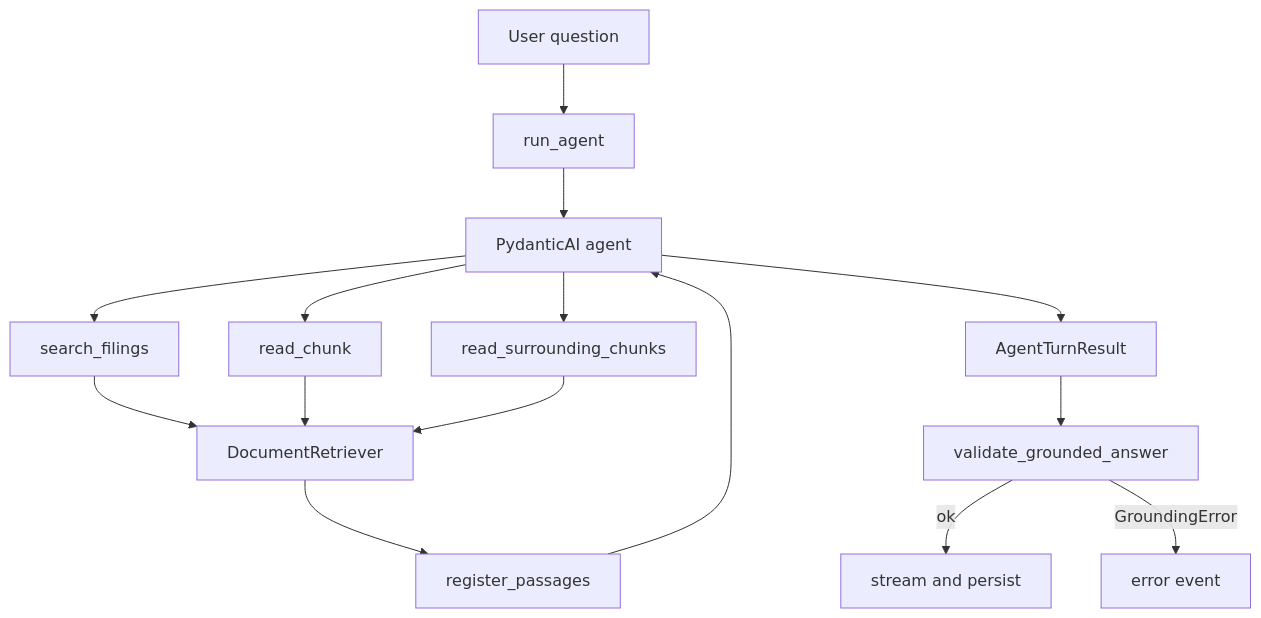
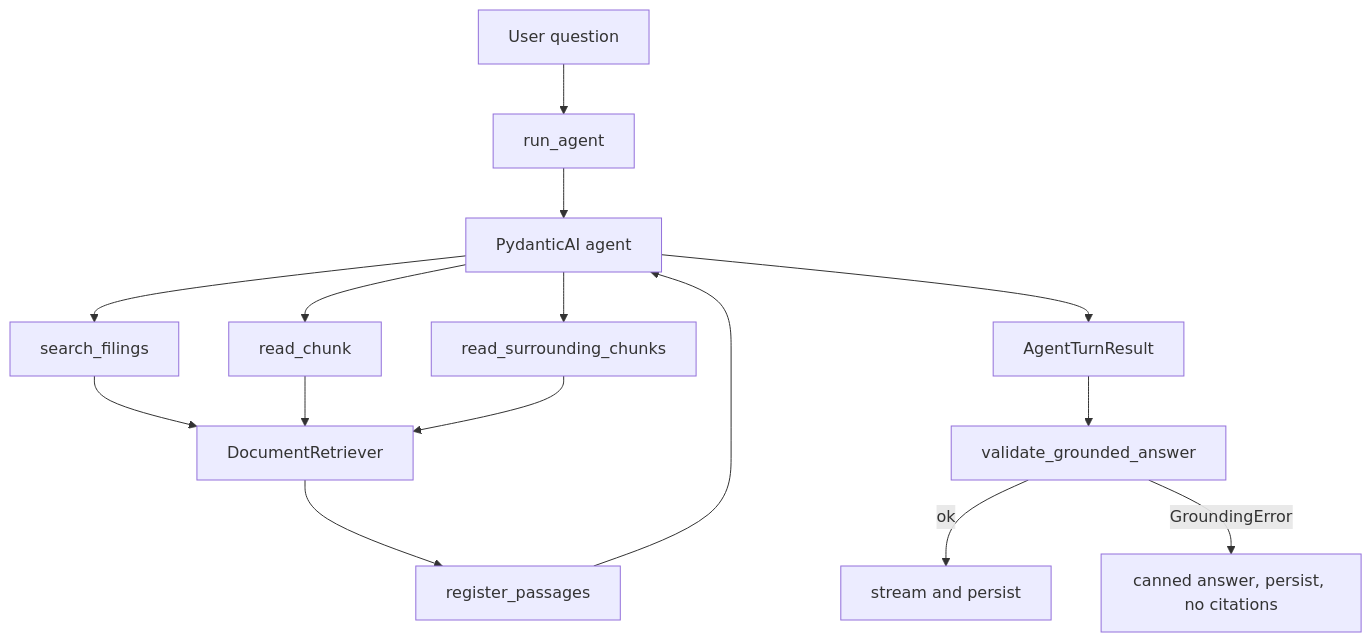
One commit to borbalita/folio changed the diagram in backend/app/assistant/README.md. Above: the diagram before and after it, drawn with Mermaid. The commit also changed other lines of this file and 26 other files, not shown here.

````diff
--- a/backend/app/assistant/README.md
+++ b/backend/app/assistant/README.md
@@ -9,17 +9,17 @@
 ```mermaid
 flowchart TD
     userText[User question] --> runAgent[run_agent]
     runAgent --> llm[PydanticAI agent]
     llm --> searchFilings[search_filings]
     llm --> readChunk[read_chunk]
     llm --> readAround[read_surrounding_chunks]
     searchFilings --> retriever[DocumentRetriever]
     readChunk --> retriever
     readAround --> retriever
     retriever --> register[register_passages]
     register --> llm
     llm --> result[AgentTurnResult]
     result --> validate[validate_grounded_answer]
     validate -->|ok| stream[stream and persist]
-    validate -->|GroundingError| error[error event]
+    validate -->|GroundingError| canned[canned answer, persist, no citations]
 ```
````
